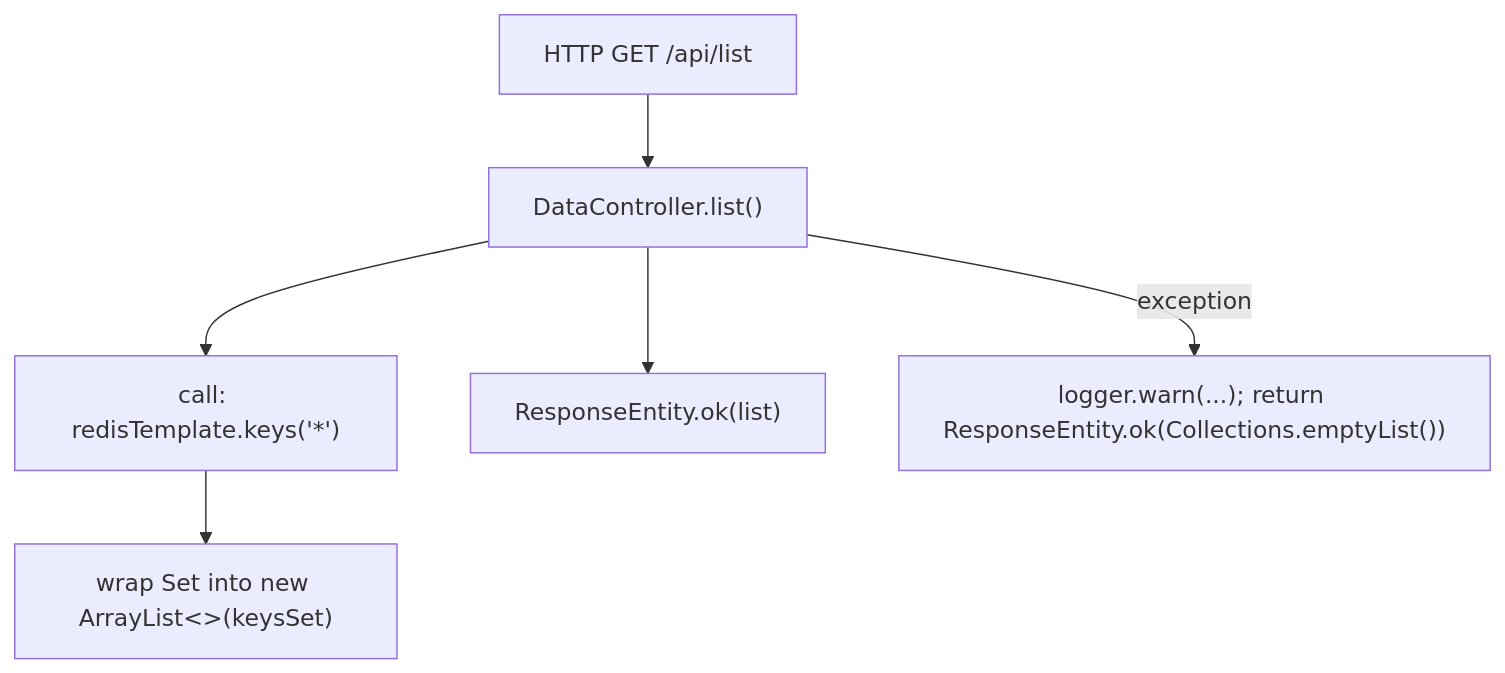
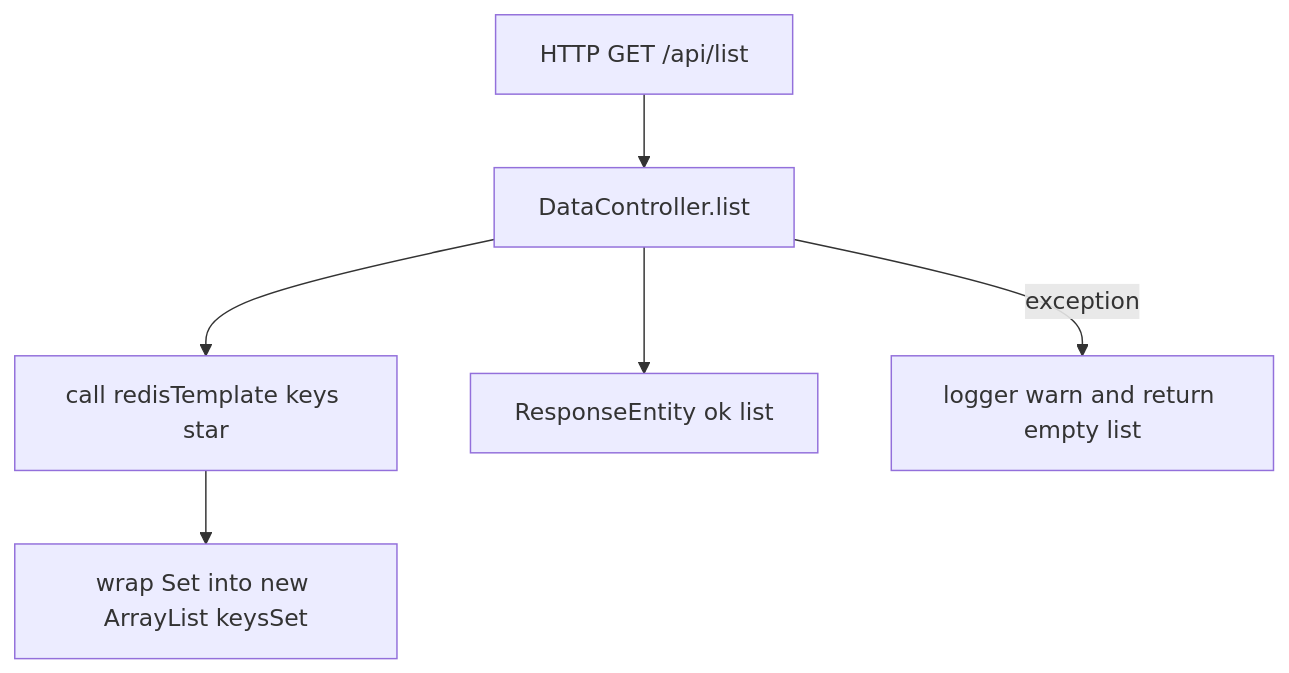
Before and after one commit to platformbuilds/miradorstack-playground: the second of 5 diagrams in dev/app.md, drawn with Mermaid. The commit also changed other lines of this file, not shown here.

Commit message:
fix(docs): sanitize mermaid node labels for GitHub rendering

````diff
--- a/dev/app.md
+++ b/dev/app.md
@@ -72,10 +72,10 @@
 ```mermaid
 flowchart TD
   A[HTTP GET /api/list]
-  B["DataController.list()"]
+  B[DataController.list]
   A --> B
-  B --> C["call: redisTemplate.keys('*')"]
-  C --> D["wrap Set<String> into new ArrayList<>(keysSet)"]
-  B --> E["ResponseEntity.ok(list)"]
-  B -->|exception| F["logger.warn(...); return ResponseEntity.ok(Collections.emptyList())"]
+  B --> C[call redisTemplate keys star]
+  C --> D[wrap Set into new ArrayList keysSet]
+  B --> E[ResponseEntity ok list]
+  B -->|exception| F[logger warn and return empty list]
 ```
````
